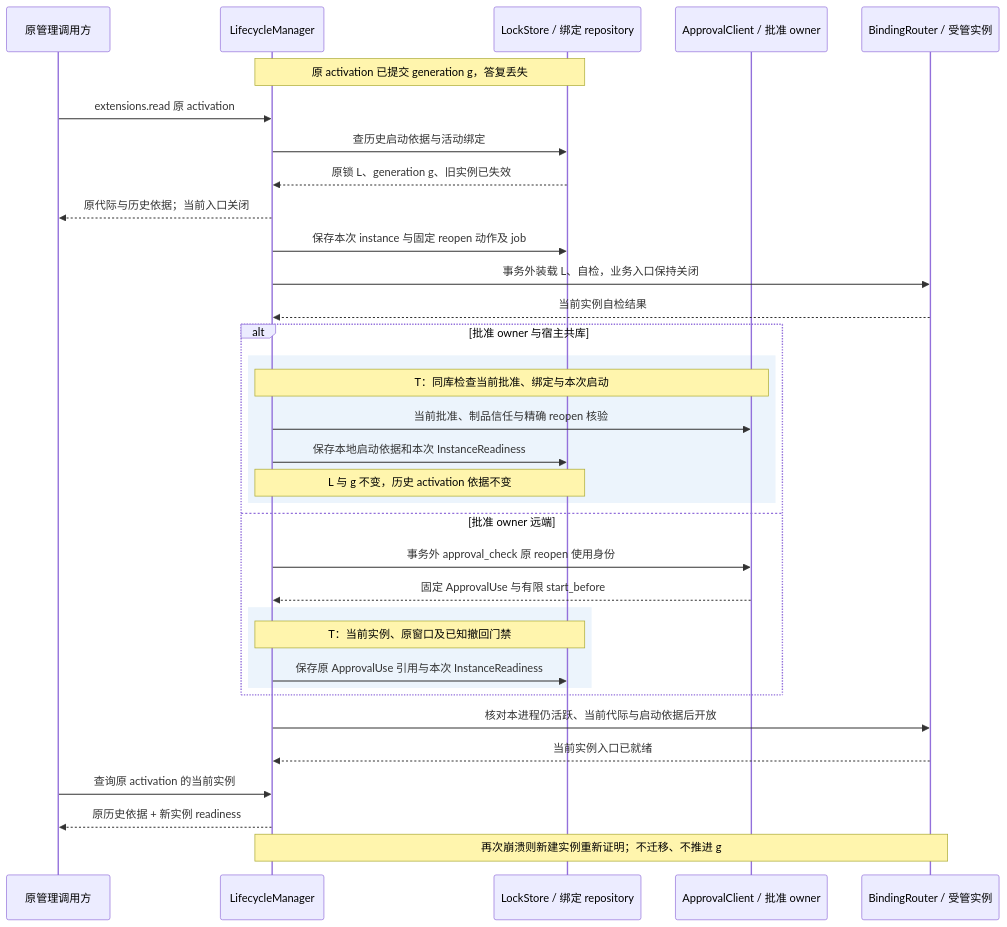
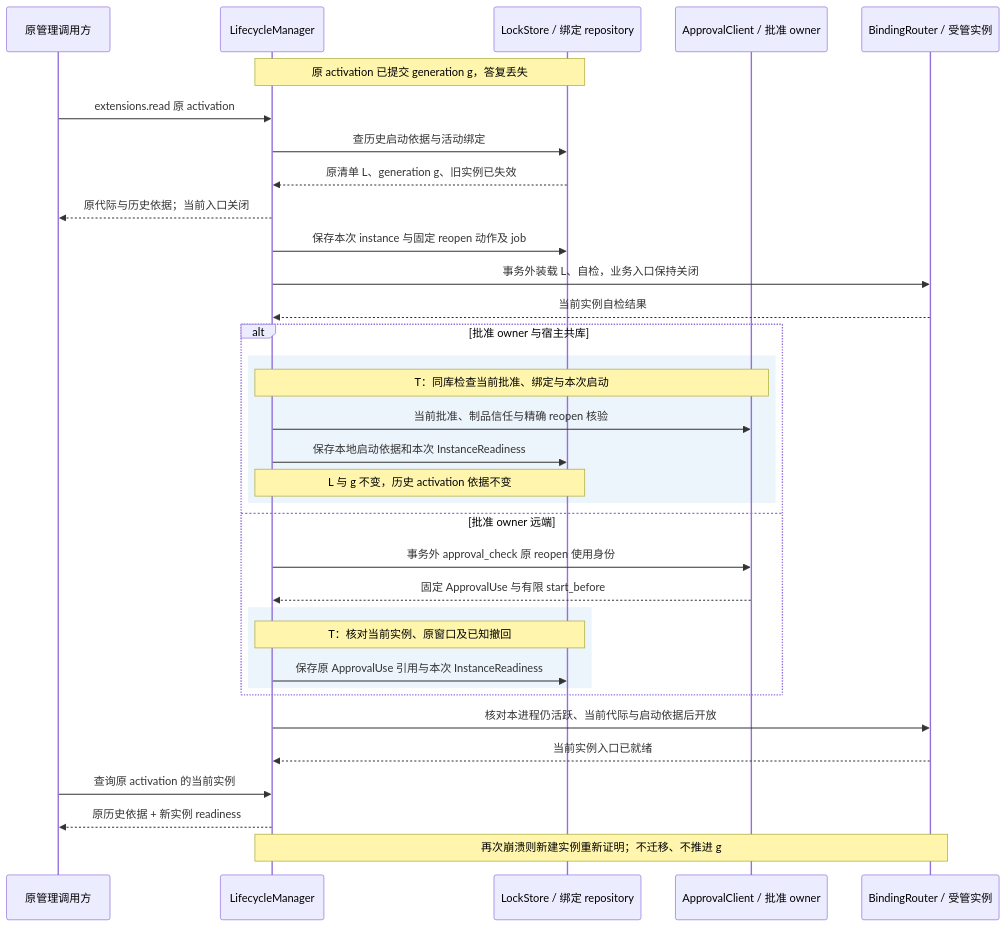
One commit to ruipengliu/lerna changed the third of 4 diagrams in docs/architecture/extensions/implementation.md. Above: the diagram before and after it, drawn with Mermaid. The commit also changed other lines of this file and 205 other files, not shown here.

Commit message:
docs: unify architecture terminology

````diff
--- a/docs/architecture/extensions/implementation.md
+++ b/docs/architecture/extensions/implementation.md
@@ -256,36 +256,36 @@
 ```mermaid
 sequenceDiagram
     participant C as 原管理调用方
     participant M as LifecycleManager
     participant S as LockStore / 绑定 repository
     participant P as ApprovalClient / 批准 owner
     participant B as BindingRouter / 受管实例
     Note over M,S: 原 activation 已提交 generation g，答复丢失
     C->>M: extensions.read 原 activation
     M->>S: 查历史启动依据与活动绑定
-    S-->>M: 原锁 L、generation g、旧实例已失效
+    S-->>M: 原清单 L、generation g、旧实例已失效
     M-->>C: 原代际与历史依据；当前入口关闭
     M->>S: 保存本次 instance 与固定 reopen 动作及 job
     M->>B: 事务外装载 L、自检，业务入口保持关闭
     B-->>M: 当前实例自检结果
     alt 批准 owner 与宿主共库
       rect rgb(236, 244, 252)
         Note over M,P: T：同库检查当前批准、绑定与本次启动
         M->>P: 当前批准、制品信任与精确 reopen 核验
         M->>S: 保存本地启动依据和本次 InstanceReadiness
         Note over M,S: L 与 g 不变，历史 activation 依据不变
       end
     else 批准 owner 远端
       M->>P: 事务外 approval_check 原 reopen 使用身份
       P-->>M: 固定 ApprovalUse 与有限 start_before
       rect rgb(236, 244, 252)
-        Note over M,S: T：当前实例、原窗口及已知撤回门禁
+        Note over M,S: T：核对当前实例、原窗口及已知撤回
         M->>S: 保存原 ApprovalUse 引用与本次 InstanceReadiness
       end
     end
     M->>B: 核对本进程仍活跃、当前代际与启动依据后开放
     B-->>M: 当前实例入口已就绪
     C->>M: 查询原 activation 的当前实例
     M-->>C: 原历史依据 + 新实例 readiness
     Note over M,B: 再次崩溃则新建实例重新证明；不迁移、不推进 g
 ```
````
